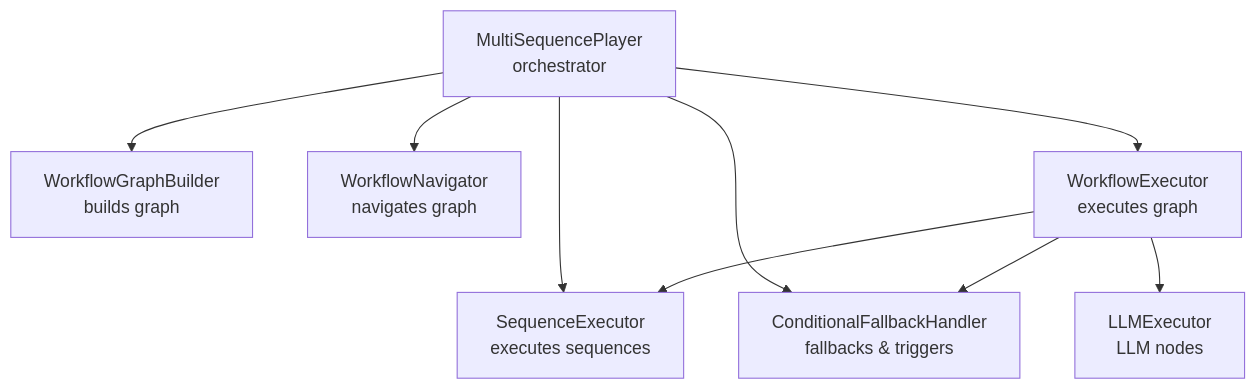
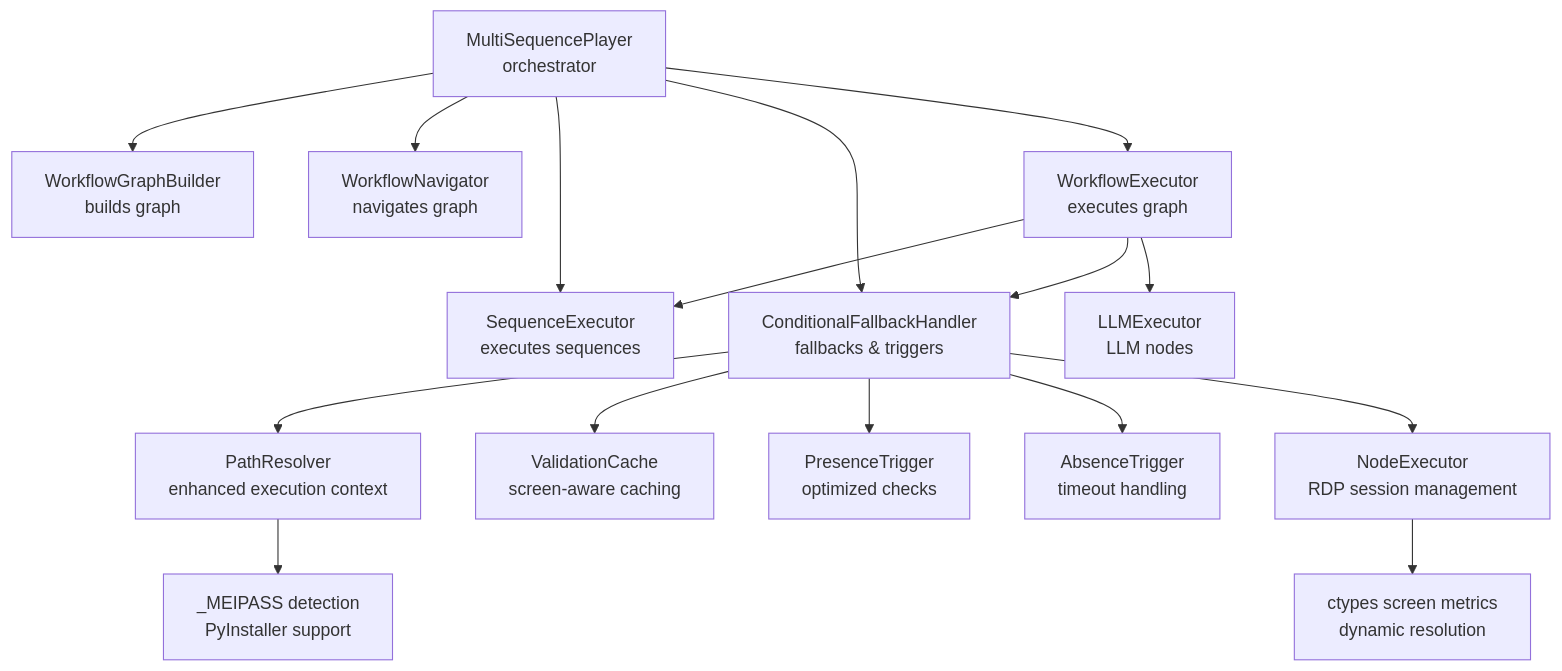
Before and after one commit to RodrigoBenitez343/Arrow: the first of 10 diagrams in .qoder/repowiki/en/content/Playback Engine/Multi-Sequence Player.md, drawn with Mermaid. The commit also changed other lines of this file and 53 other files, not shown here.

````diff
--- a/.qoder/repowiki/en/content/Playback Engine/Multi-Sequence Player.md
+++ b/.qoder/repowiki/en/content/Playback Engine/Multi-Sequence Player.md
@@ -36,11 +54,18 @@
 ```mermaid
 graph TB
 MSP["MultiSequencePlayer<br/>orchestrator"] --> WGB["WorkflowGraphBuilder<br/>builds graph"]
 MSP --> WFN["WorkflowNavigator<br/>navigates graph"]
 MSP --> WFEX["WorkflowExecutor<br/>executes graph"]
 MSP --> SEQEX["SequenceExecutor<br/>executes sequences"]
 MSP --> CFH["ConditionalFallbackHandler<br/>fallbacks & triggers"]
 WFEX --> SEQEX
 WFEX --> CFH
 WFEX --> LLMEX["LLMExecutor<br/>LLM nodes"]
+CFH --> PR["PathResolver<br/>enhanced execution context"]
+CFH --> VC["ValidationCache<br/>screen-aware caching"]
+CFH --> PT["PresenceTrigger<br/>optimized checks"]
+CFH --> AT["AbsenceTrigger<br/>timeout handling"]
+CFH --> NE["NodeExecutor<br/>RDP session management"]
+PR --> MEIPASS["_MEIPASS detection<br/>PyInstaller support"]
+NE --> CTYPES["ctypes screen metrics<br/>dynamic resolution"]
 ```
````
